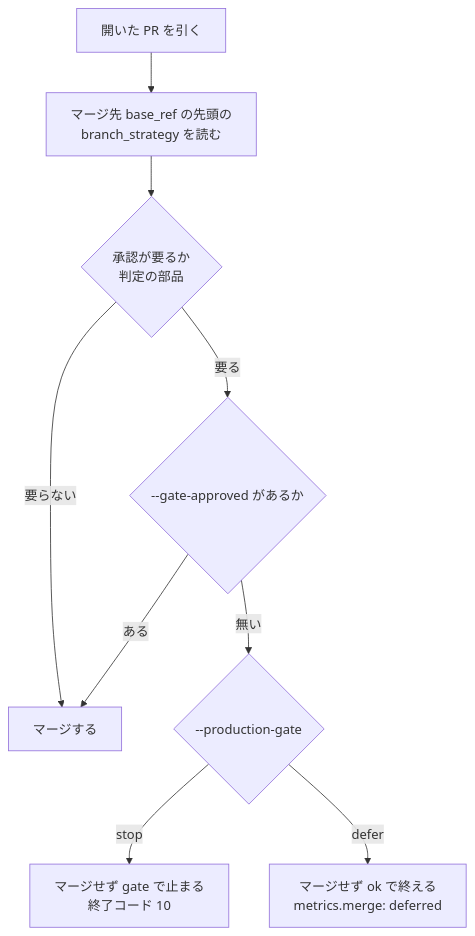
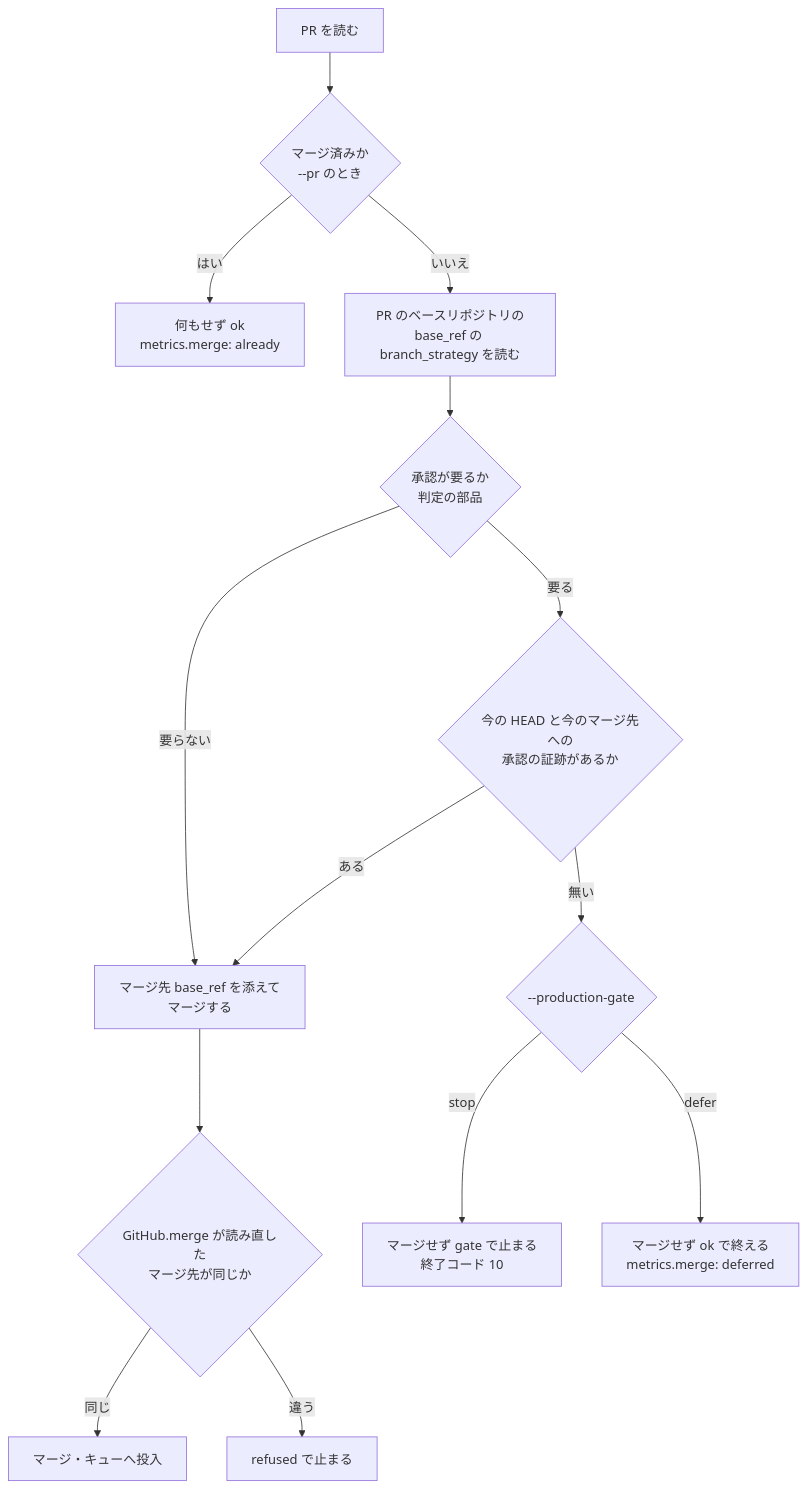
One commit to devbasex/ai-plugins changed the fourth of 4 diagrams in issues/issue-4409-design.md. Above: the diagram before and after it, drawn with Mermaid. The commit also changed other lines of this file and 1 other file, not shown here.

````diff
--- a/issues/issue-4409-design.md
+++ b/issues/issue-4409-design.md
@@ -154,11 +163,16 @@
 ```mermaid
 graph TD
-    A[開いた PR を引く] --> B[マージ先 base_ref の先頭の<br/>branch_strategy を読む]
+    A[PR を読む] --> A2{マージ済みか<br/>--pr のとき}
+    A2 -->|はい| Z[何もせず ok<br/>metrics.merge: already]
+    A2 -->|いいえ| B[PR のベースリポジトリの<br/>base_ref の branch_strategy を読む]
     B --> C{承認が要るか<br/>判定の部品}
-    C -->|要らない| M[マージする]
-    C -->|要る| D{--gate-approved があるか}
+    C -->|要らない| M[マージ先 base_ref を添えてマージする]
+    C -->|要る| D{今の HEAD と今のマージ先への<br/>承認の証跡があるか}
     D -->|ある| M
     D -->|無い| E{--production-gate}
     E -->|stop| G[マージせず gate で止まる<br/>終了コード 10]
     E -->|defer| F[マージせず ok で終える<br/>metrics.merge: deferred]
+    M --> H{GitHub.merge が読み直した<br/>マージ先が同じか}
+    H -->|同じ| OK[マージ・キューへ投入]
+    H -->|違う| R[refused で止まる]
 ```
````
